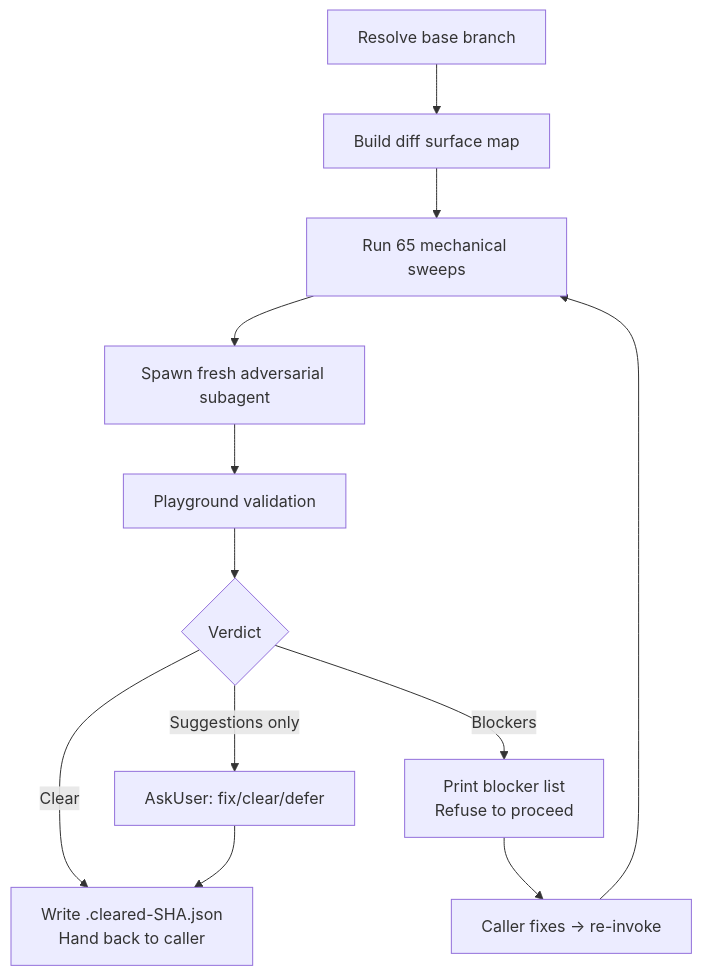
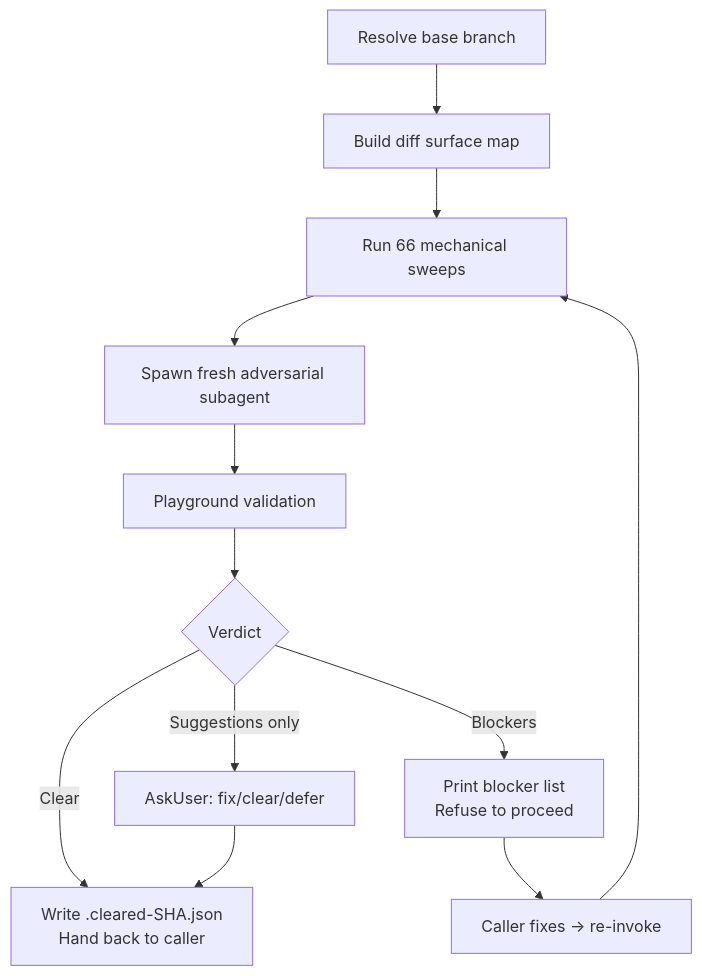
Before and after one commit to whizzzkid/skills: the diagram in skills/adversarial-review/README.md, drawn with Mermaid. The commit also changed other lines of this file and 4 other files, not shown here.

````diff
--- a/skills/adversarial-review/README.md
+++ b/skills/adversarial-review/README.md
@@ -16,14 +16,14 @@
 ```mermaid
 flowchart TD
     A[Resolve base branch] --> B[Build diff surface map]
-    B --> C[Run 65 mechanical sweeps]
+    B --> C[Run 66 mechanical sweeps]
     C --> D[Spawn fresh adversarial subagent]
     D --> E[Playground validation]
     E --> F{Verdict}
     F -->|Clear| G[Write .cleared-SHA.json<br/>Hand back to caller]
     F -->|Blockers| H[Print blocker list<br/>Refuse to proceed]
     F -->|Suggestions only| I[AskUser: fix/clear/defer]
     H --> J[Caller fixes → re-invoke]
     J --> C
     I --> G
 ```
````
